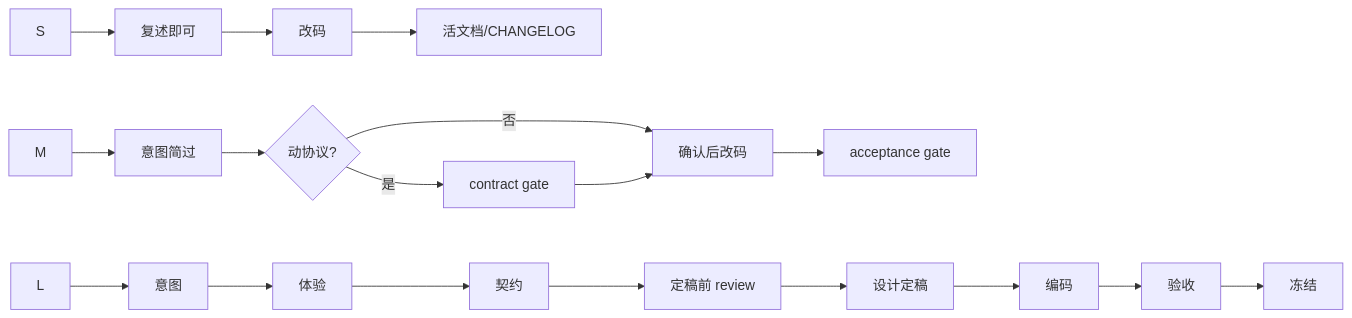
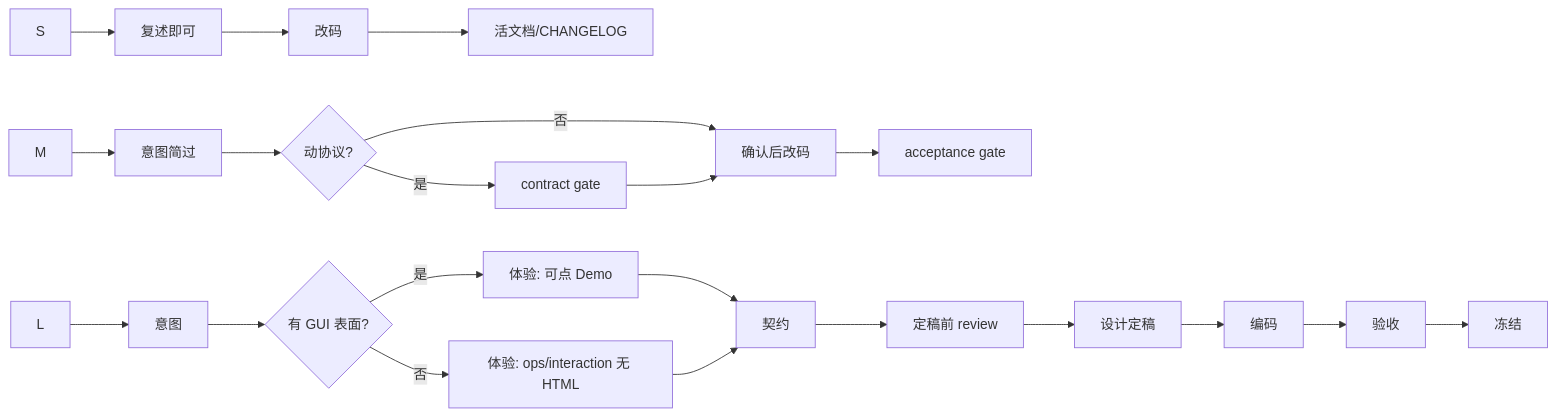
One commit to linjiaqin12138/skills changed the diagram in skills/product-delivery/references/gates.md. Above: the diagram before and after it, drawn with Mermaid. The commit also changed other lines of this file and 9 other files, not shown here.

First line of the commit message:
fix(product-delivery): 无 GUI 表面禁止体验闸写 demo.html

````diff
--- a/skills/product-delivery/references/gates.md
+++ b/skills/product-delivery/references/gates.md
@@ -96,20 +99,23 @@
 ```mermaid
 flowchart LR
   S[S] --> S0[复述即可]
   S0 --> Code[改码]
   Code --> Soft[活文档/CHANGELOG]
   M[M] --> I[意图简过]
   I --> C{动协议?}
   C -->|是| K[contract gate]
   C -->|否| Code2[确认后改码]
   K --> Code2
   Code2 --> V[acceptance gate]
   L[L] --> G1[意图]
-  G1 --> G2[体验]
-  G2 --> G3[契约]
+  G1 --> Surf{有 GUI 表面?}
+  Surf -->|是| G2a[体验: 可点 Demo]
+  Surf -->|否| G2b[体验: ops/interaction 无 HTML]
+  G2a --> G3[契约]
+  G2b --> G3
   G3 --> R[定稿前 review]
   R --> D[设计定稿]
   D --> Code3[编码]
   Code3 --> G4[验收]
   G4 --> F[冻结]
 ```
````
